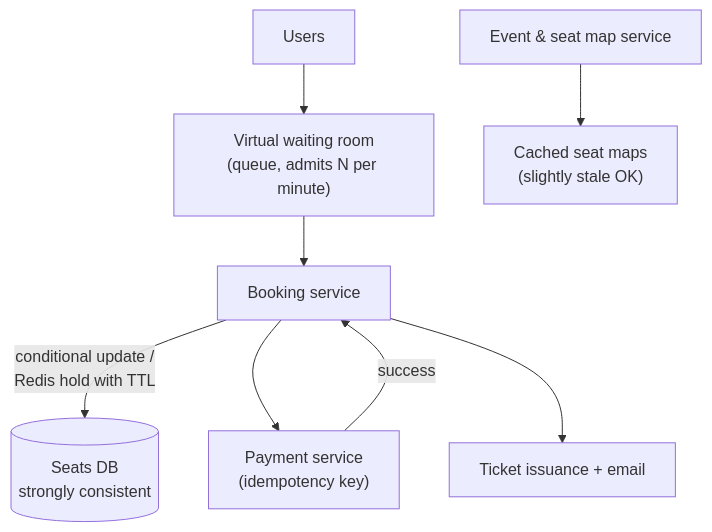
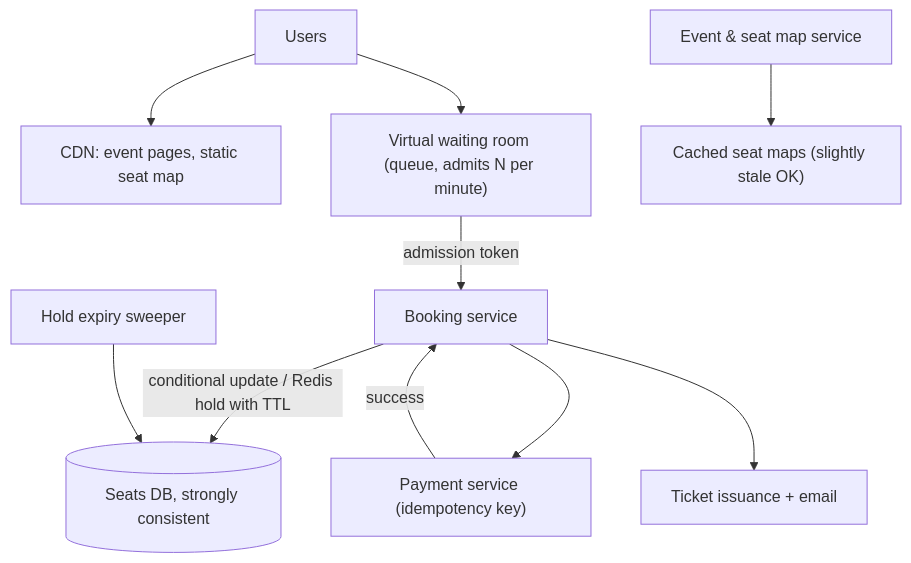
The seventh of 20 diagrams in topics/18-designs-location-commerce.md (AkshayAshokCode/System-Design-Interview-Questions-and-Answers), drawn with Mermaid before and after one commit. The commit also changed other lines of this file and 4 other files, not shown here.

````diff
--- a/topics/18-designs-location-commerce.md
+++ b/topics/18-designs-location-commerce.md
@@ -134,10 +581,12 @@
 ```mermaid
 flowchart TD
-    U["Users"] --> WR["Virtual waiting room<br/>(queue, admits N per minute)"]
-    WR --> BS["Booking service"]
-    BS -->|"conditional update /<br/>Redis hold with TTL"| SDB[("Seats DB<br/>strongly consistent")]
-    BS --> PAY["Payment service<br/>(idempotency key)"]
+    U["Users"] --> CDN["CDN: event pages, static seat map"]
+    U --> WR["Virtual waiting room (queue, admits N per minute)"]
+    WR -->|"admission token"| BS["Booking service"]
+    BS -->|"conditional update / Redis hold with TTL"| SDB[("Seats DB, strongly consistent")]
+    BS --> PAY["Payment service (idempotency key)"]
     PAY -->|"success"| BS
     BS --> TIX["Ticket issuance + email"]
-    EV["Event & seat map service"] --> CACHE["Cached seat maps<br/>(slightly stale OK)"]
+    EV["Event & seat map service"] --> CACHE["Cached seat maps (slightly stale OK)"]
+    SW["Hold expiry sweeper"] --> SDB
 ```
````
